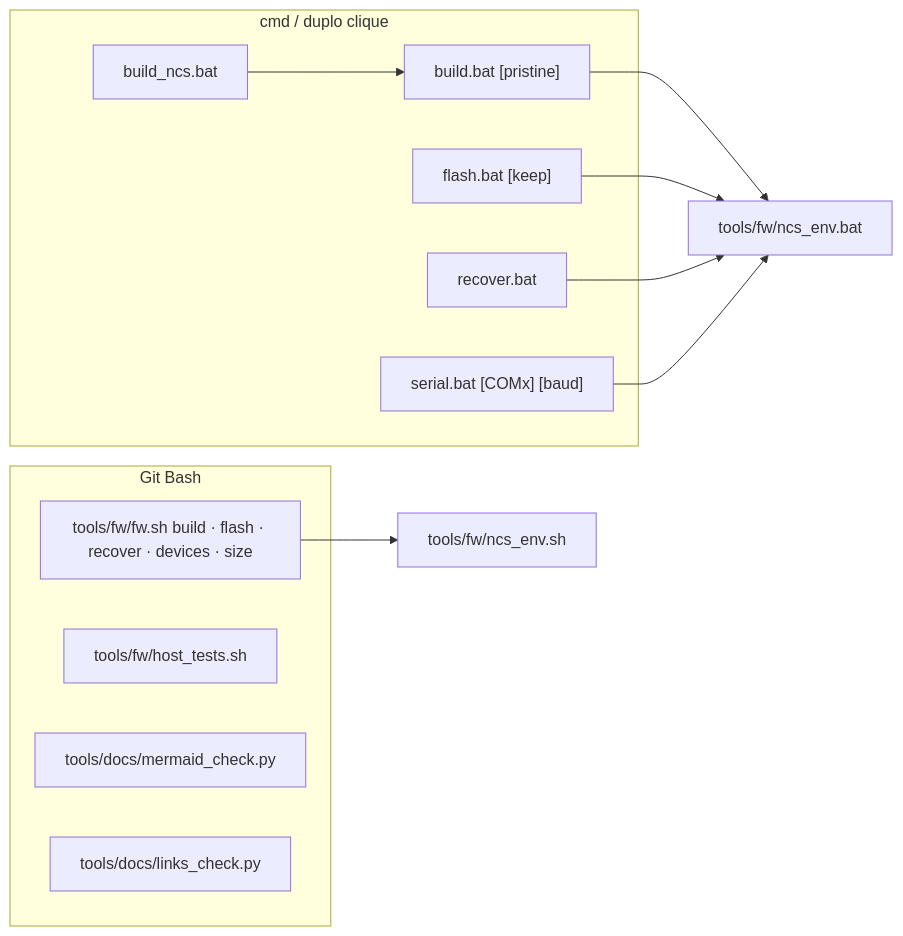
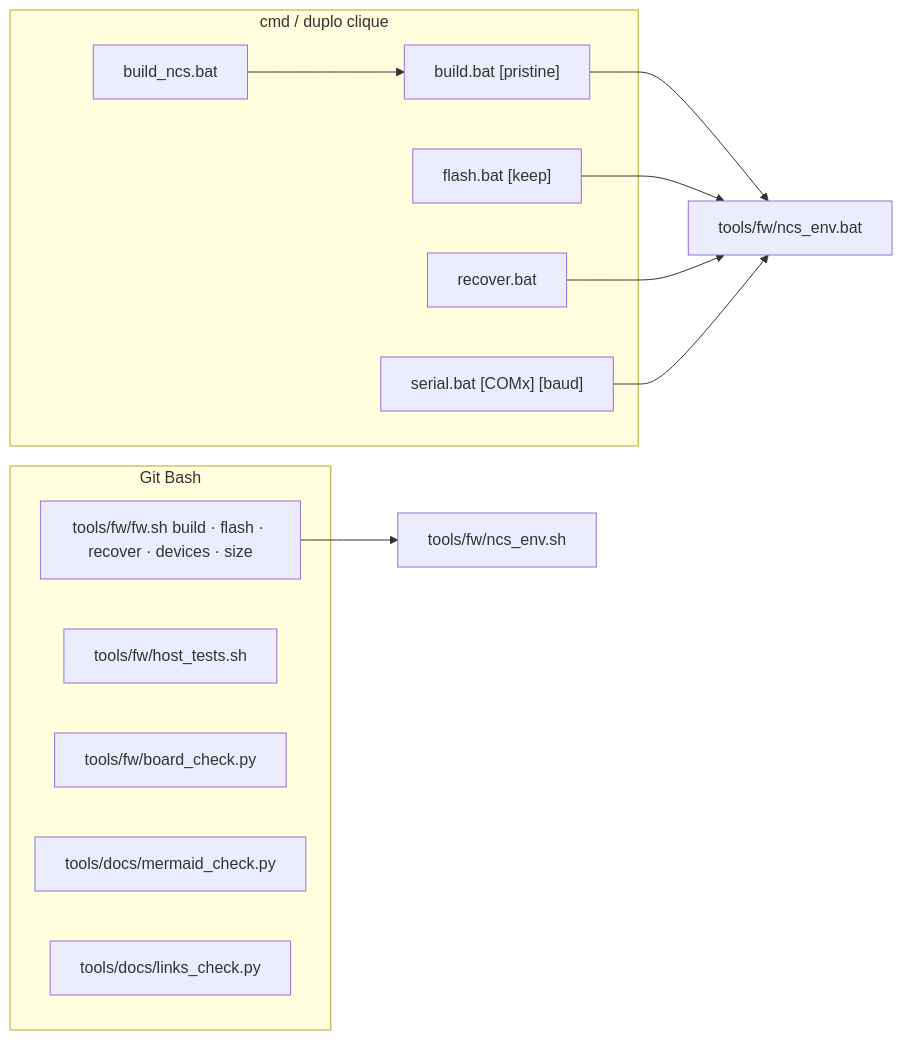
One commit to Guiimartinho/gnss-bike-computer changed the diagram in docs/03-ambiente-build.md. Above: the diagram before and after it, drawn with Mermaid. The commit also changed other lines of this file and 32 other files, not shown here.

````diff
--- a/docs/03-ambiente-build.md
+++ b/docs/03-ambiente-build.md
@@ -26,22 +26,23 @@
 ```mermaid
 flowchart LR
     subgraph CMD["cmd / duplo clique"]
         BUILD["build.bat [pristine]"]
         BNCS["build_ncs.bat"]
         FLASH["flash.bat [keep]"]
         REC["recover.bat"]
         SER["serial.bat [COMx] [baud]"]
     end
     subgraph BASH["Git Bash"]
         FW["tools/fw/fw.sh build · flash · recover · devices · size"]
         HT["tools/fw/host_tests.sh"]
+        BC["tools/fw/board_check.py"]
         MC["tools/docs/mermaid_check.py"]
         LC["tools/docs/links_check.py"]
     end
     BUILD --> ENVB["tools/fw/ncs_env.bat"]
     BNCS --> BUILD
     FLASH --> ENVB
     REC --> ENVB
     SER --> ENVB
     FW --> ENVS["tools/fw/ncs_env.sh"]
 ```
````
